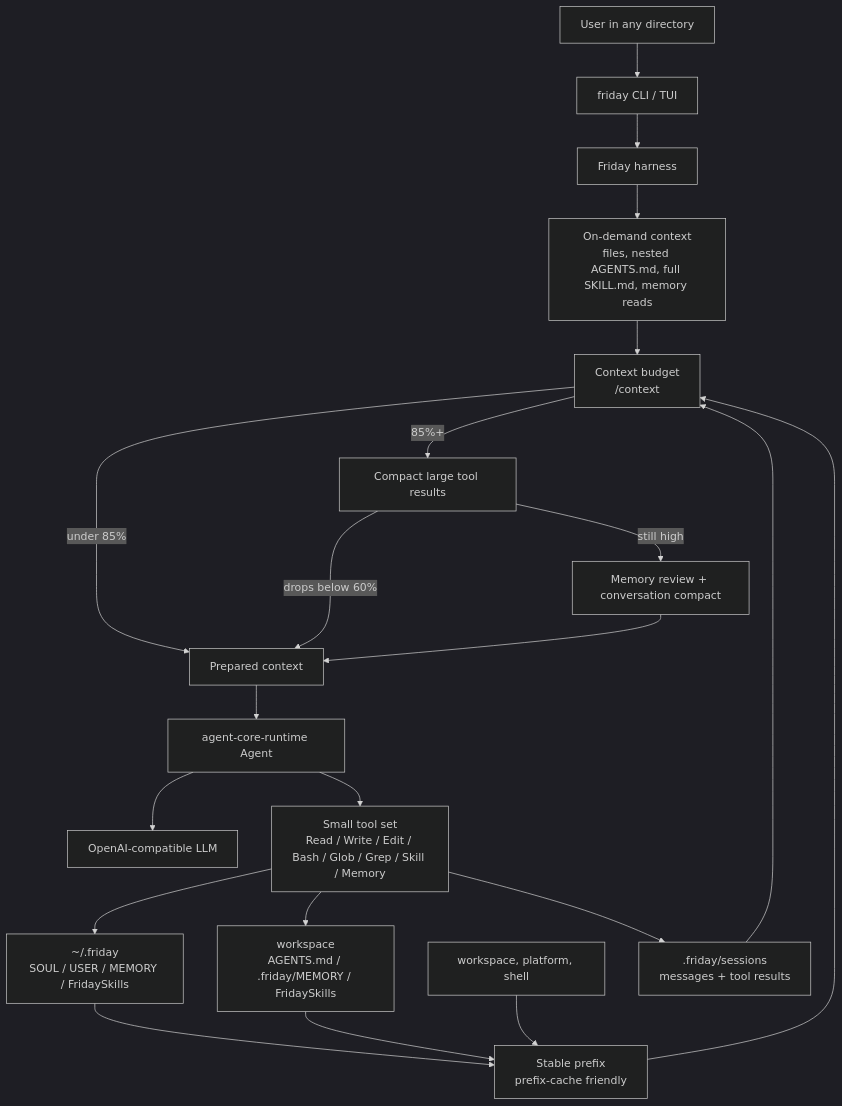
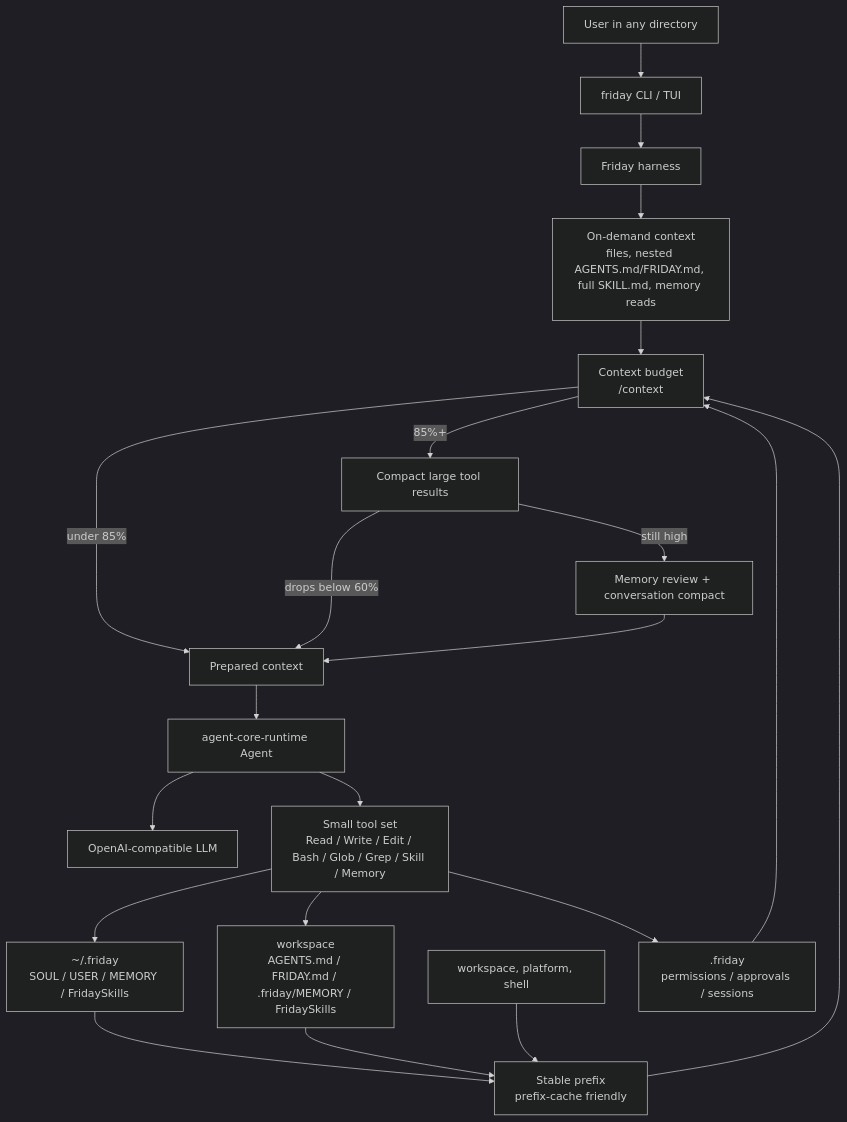
Before and after one commit to Lancetwang/friday: the diagram in README.md, drawn with Mermaid (dark theme). The commit also changed other lines of this file and 8 other files, not shown here.

Commit message:
Refine Friday harness and approval flow

````diff
--- a/README.md
+++ b/README.md
@@ -28,27 +29,27 @@
 ```mermaid
 flowchart TD
     User["User in any directory"] --> CLI["friday CLI / TUI"]
     CLI --> Harness["Friday harness"]
 
     Home["~/.friday<br/>SOUL / USER / MEMORY / FridaySkills"] --> Prefix["Stable prefix<br/>prefix-cache friendly"]
-    Project["workspace<br/>AGENTS.md / .friday/MEMORY / FridaySkills"] --> Prefix
+    Project["workspace<br/>AGENTS.md / FRIDAY.md / .friday/MEMORY / FridaySkills"] --> Prefix
     Env["workspace, platform, shell"] --> Prefix
     Prefix --> Budget["Context budget<br/>/context"]
 
-    Harness --> Routed["On-demand context<br/>files, nested AGENTS.md, full SKILL.md, memory reads"]
+    Harness --> Routed["On-demand context<br/>files, nested AGENTS.md/FRIDAY.md, full SKILL.md, memory reads"]
     Routed --> Budget
-    Session[".friday/sessions<br/>messages + tool results"] --> Budget
+    State[".friday<br/>permissions / approvals / sessions"] --> Budget
 
     Budget -->|"under 85%"| Ready["Prepared context"]
     Budget -->|"85%+"| ToolCompact["Compact large tool results"]
     ToolCompact -->|"drops below 60%"| Ready
     ToolCompact -->|"still high"| LLMCompact["Memory review + conversation compact"]
     LLMCompact --> Ready
 
     Ready --> Runtime["agent-core-runtime Agent"]
     Runtime --> LLM["OpenAI-compatible LLM"]
     Runtime --> Tools["Small tool set<br/>Read / Write / Edit / Bash / Glob / Grep / Skill / Memory"]
-    Tools --> Session
+    Tools --> State
     Tools --> Home
     Tools --> Project
 ```
````
